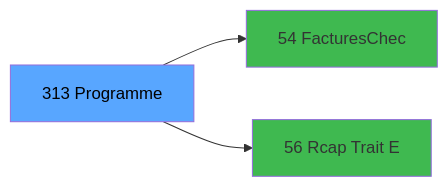
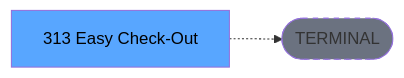
The third of 3 diagrams in .openspec/specs/ADH-IDE-313.md (thonyAGP/lecteur-magic), drawn with Mermaid before and after one commit. The commit also changed other lines of this file and 701 other files, not shown here.

````diff
--- a/.openspec/specs/ADH-IDE-313.md
+++ b/.openspec/specs/ADH-IDE-313.md
@@ -155,11 +156,8 @@
 ```mermaid
 graph LR
-    T[313 Programme]
-    C54[54 FacturesChec]
-    T --> C54
-    C56[56 Rcap Trait E]
-    T --> C56
+    T[313 Easy Check-Out ]
+    TERM([TERMINAL])
+    T -.-> TERM
+    style TERM fill:#6b7280,stroke-dasharray: 5 5
     style T fill:#58a6ff,color:#000
-    style C54 fill:#3fb950
-    style C56 fill:#3fb950
 ```
````
